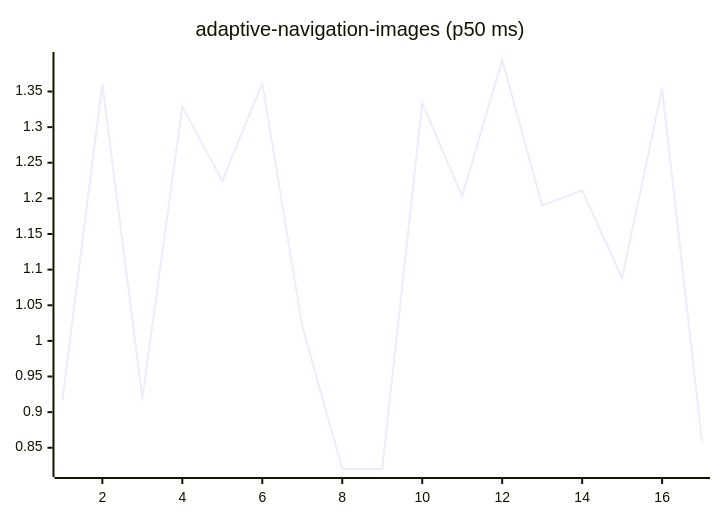
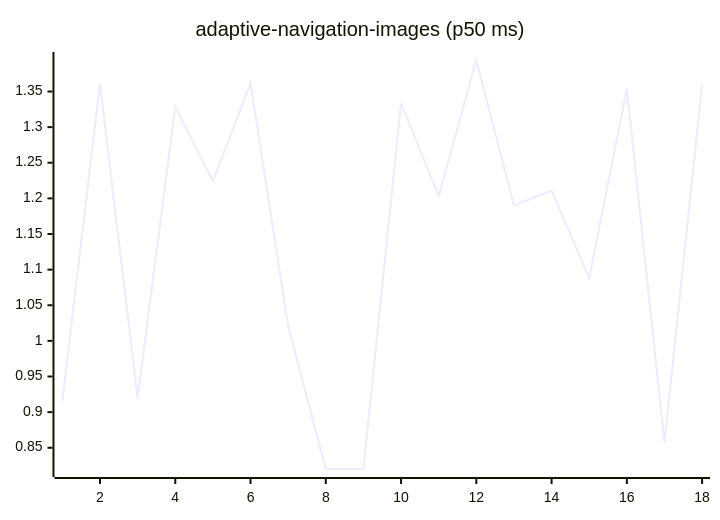
Before and after one commit to josha/Facet: the first of 27 diagrams in README.md, drawn with Mermaid. The commit also changed other lines of this file and 2 other files, not shown here.

````diff
--- a/README.md
+++ b/README.md
@@ -63,6 +63,6 @@
 ```mermaid
 xychart-beta
     title "adaptive-navigation-images (p50 ms)"
-    x-axis 1 --> 17
-    line [0.9159, 1.3609, 0.9193, 1.3288, 1.2245, 1.3615, 1.0208, 0.8202, 0.8203, 1.3336, 1.2030, 1.3942, 1.1900, 1.2110, 1.0882, 1.3541, 0.8576]
+    x-axis 1 --> 18
+    line [0.9159, 1.3609, 0.9193, 1.3288, 1.2245, 1.3615, 1.0208, 0.8202, 0.8203, 1.3336, 1.2030, 1.3942, 1.1900, 1.2110, 1.0882, 1.3541, 0.8576, 1.3599]
 ```
````
